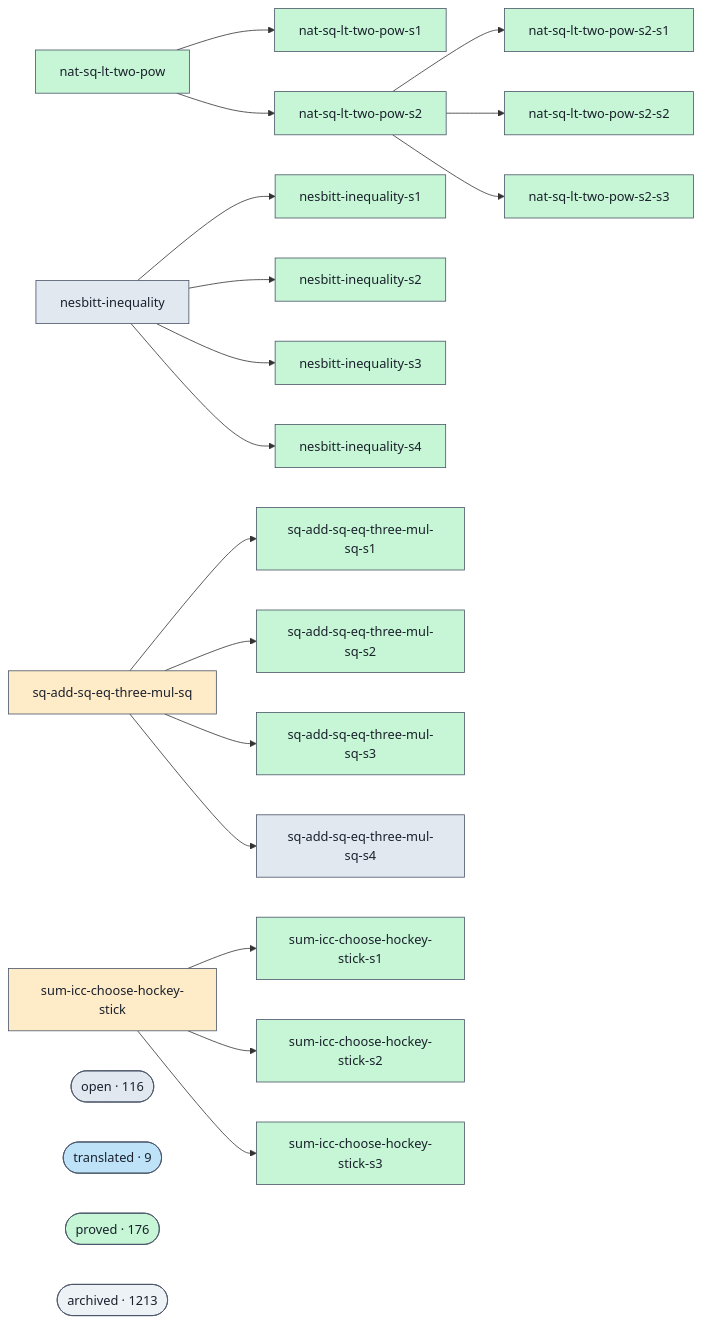
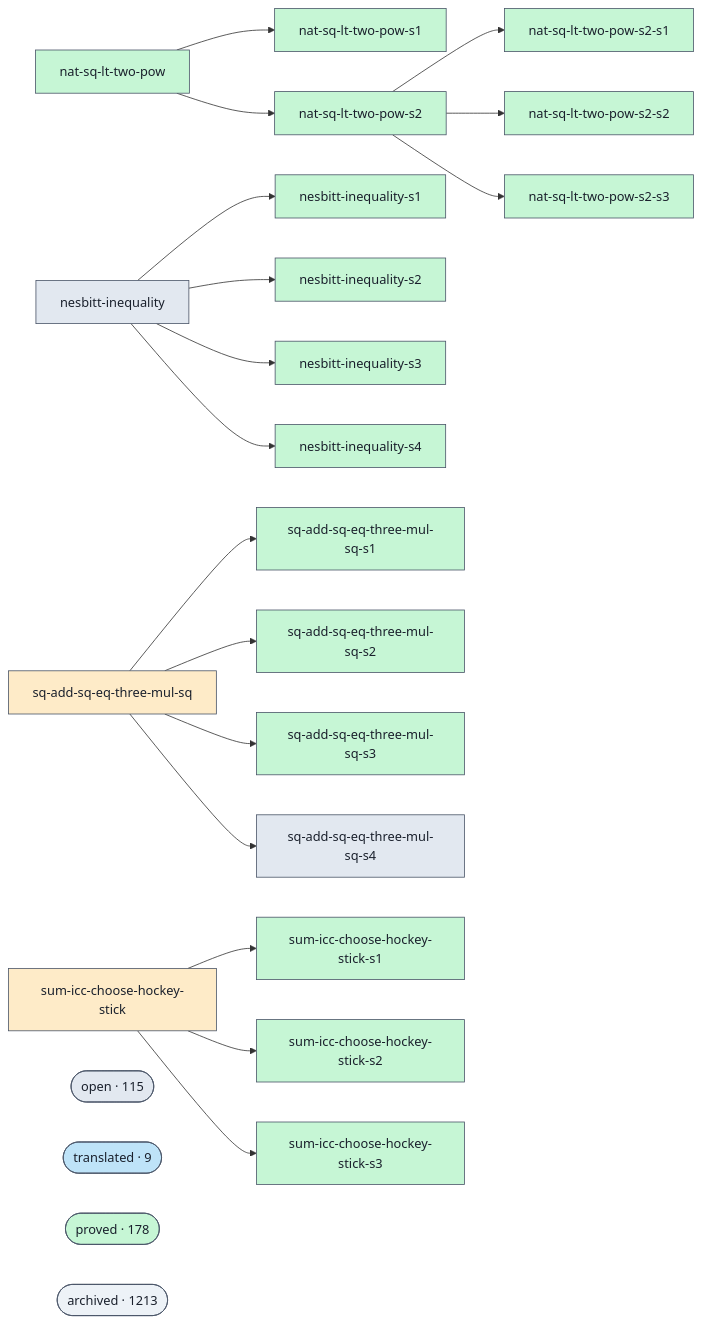
Before and after one commit to ohdearquant/unsorry: the diagram in docs/proofs-contributors-visualisation.md, drawn with Mermaid. The commit also changed other lines of this file and 2 other files, not shown here.

```diff
--- a/docs/proofs-contributors-visualisation.md
+++ b/docs/proofs-contributors-visualisation.md
@@ -98,11 +98,11 @@
   g_sum_icc_choose_hockey_stick --> g_sum_icc_choose_hockey_stick_s1
   g_sum_icc_choose_hockey_stick --> g_sum_icc_choose_hockey_stick_s2
   g_sum_icc_choose_hockey_stick --> g_sum_icc_choose_hockey_stick_s3
-  cluster_open(["open · 116"])
+  cluster_open(["open · 115"])
   class cluster_open open;
   cluster_translated(["translated · 9"])
   class cluster_translated translated;
-  cluster_proved(["proved · 176"])
+  cluster_proved(["proved · 178"])
   class cluster_proved proved;
   cluster_archived(["archived · 1213"])
   class cluster_archived unknown;
```
